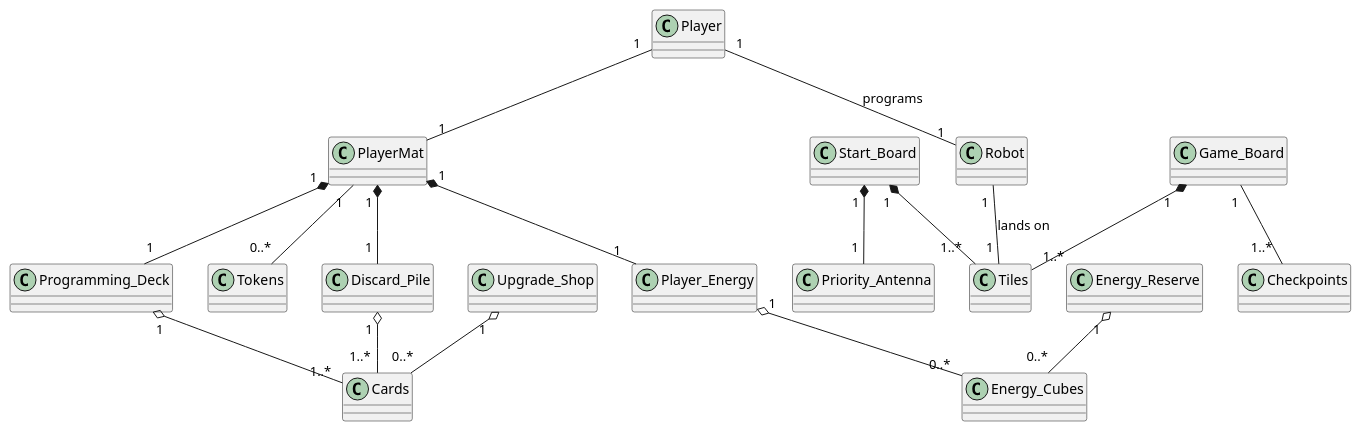
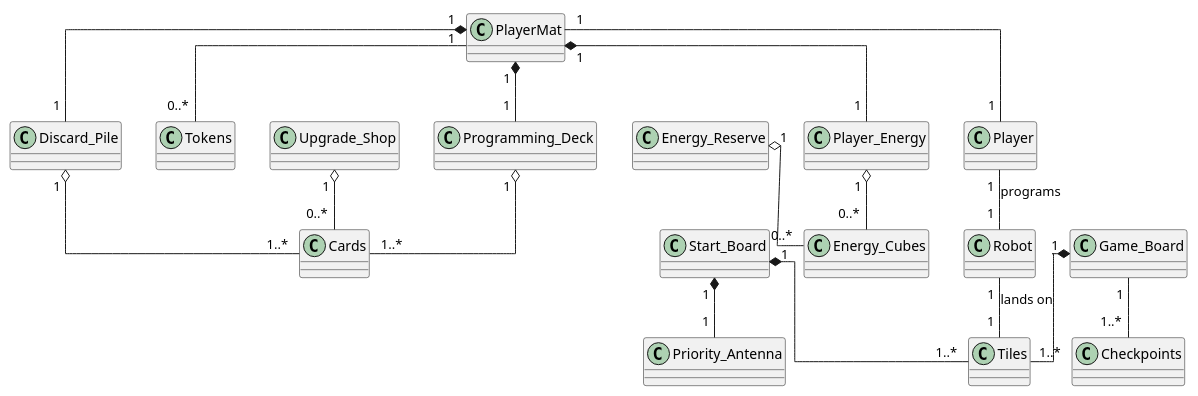
Before and after one commit to BjarneBjarne/Gruppe15-RoboRally2024: the diagram in diagrams/Domaine_model.pu, drawn with PlantUML. The commit also changed 2 other files, not shown here.

Commit message:
moved Domaine_model.pu to domain_diagram.wsd

```diff
--- a/diagrams/Domaine_model.pu
+++ b/diagrams/Domaine_model.pu
@@ -1,46 +1,47 @@
 @startuml
+skinparam linetype ortho
 
 class Player
 class Robot
 class Start_Board
 class Game_Board
 class Energy_Reserve
 class Player_Energy
 class Upgrade_Shop
 class Cards
 class Programming_Deck
 class Tokens
 class Tiles
 class PlayerMat
 class Checkpoints
 class Energy_Cubes
 class Priority_Antenna
 class Discard_Pile
 
 'Player relations
 Player " 1 " -- " 1 " Robot: programs
-Player " 1 " -- " 1 " PlayerMat
+Player " 1 " -u- " 1 " PlayerMat
 
 'Player mat relations'
 PlayerMat " 1 " *-- " 1 " Programming_Deck
 PlayerMat " 1 " *-- " 1 " Player_Energy
 PlayerMat " 1 " *-- " 1 " Discard_Pile
 Programming_Deck " 1 " o-- " 1..* " Cards
 Player_Energy " 1 " o-- " 0..* " Energy_Cubes
 Discard_Pile " 1 " o-- " 1..* " Cards
 PlayerMat " 1 " -- " 0..* " Tokens 
 
 'Off board relations'
 Energy_Reserve " 1 " o-- " 0..* " Energy_Cubes
 Upgrade_Shop " 1 " o-- " 0..* " Cards
 
 'Board relations'
 Robot " 1 " -- " 1 " Tiles: lands on
 
 Game_Board " 1 " *-- " 1..* " Tiles
 Game_Board " 1 " -- " 1..* " Checkpoints 
 
 Start_Board " 1 " *-- " 1..* " Tiles
 Start_Board " 1 " *-- " 1 " Priority_Antenna
 
 @enduml
```
